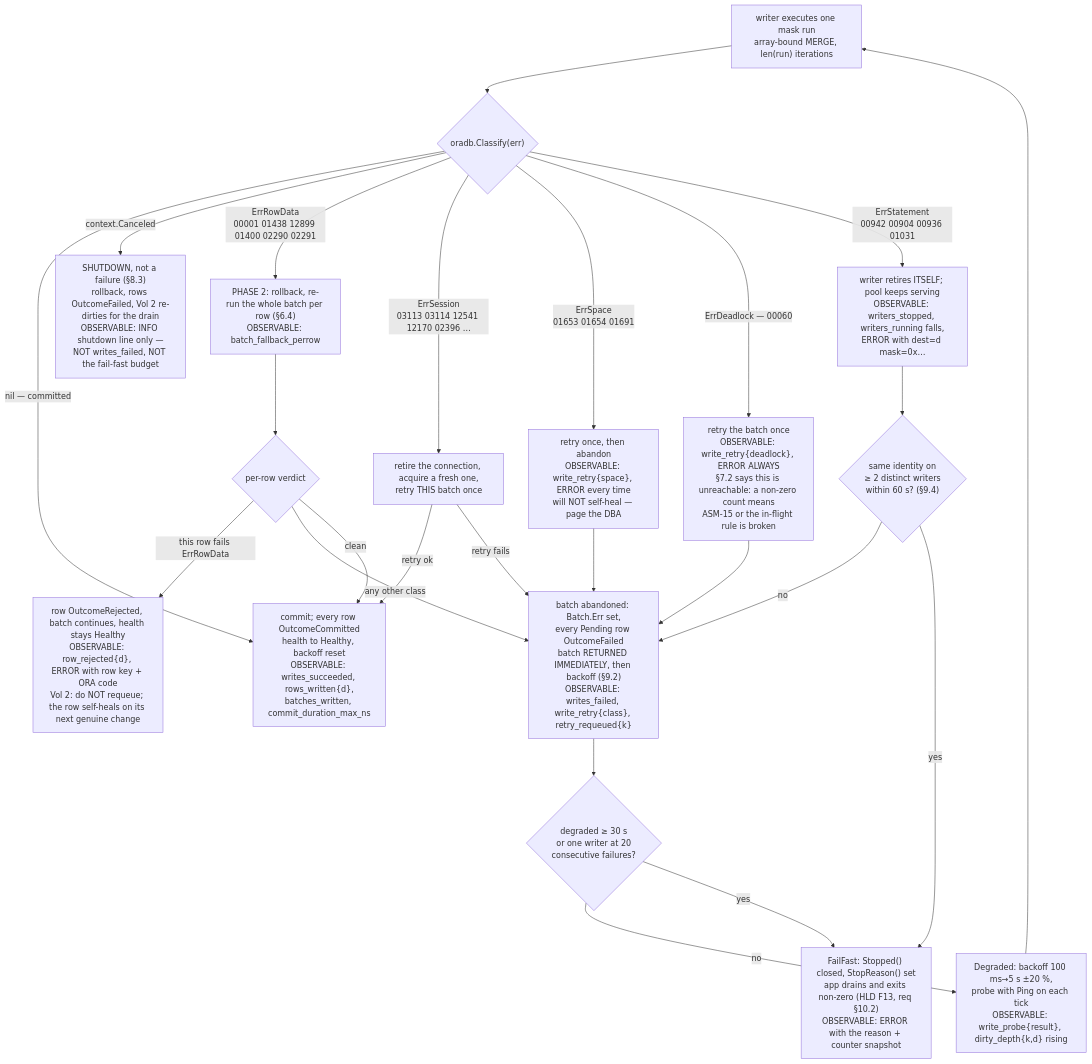
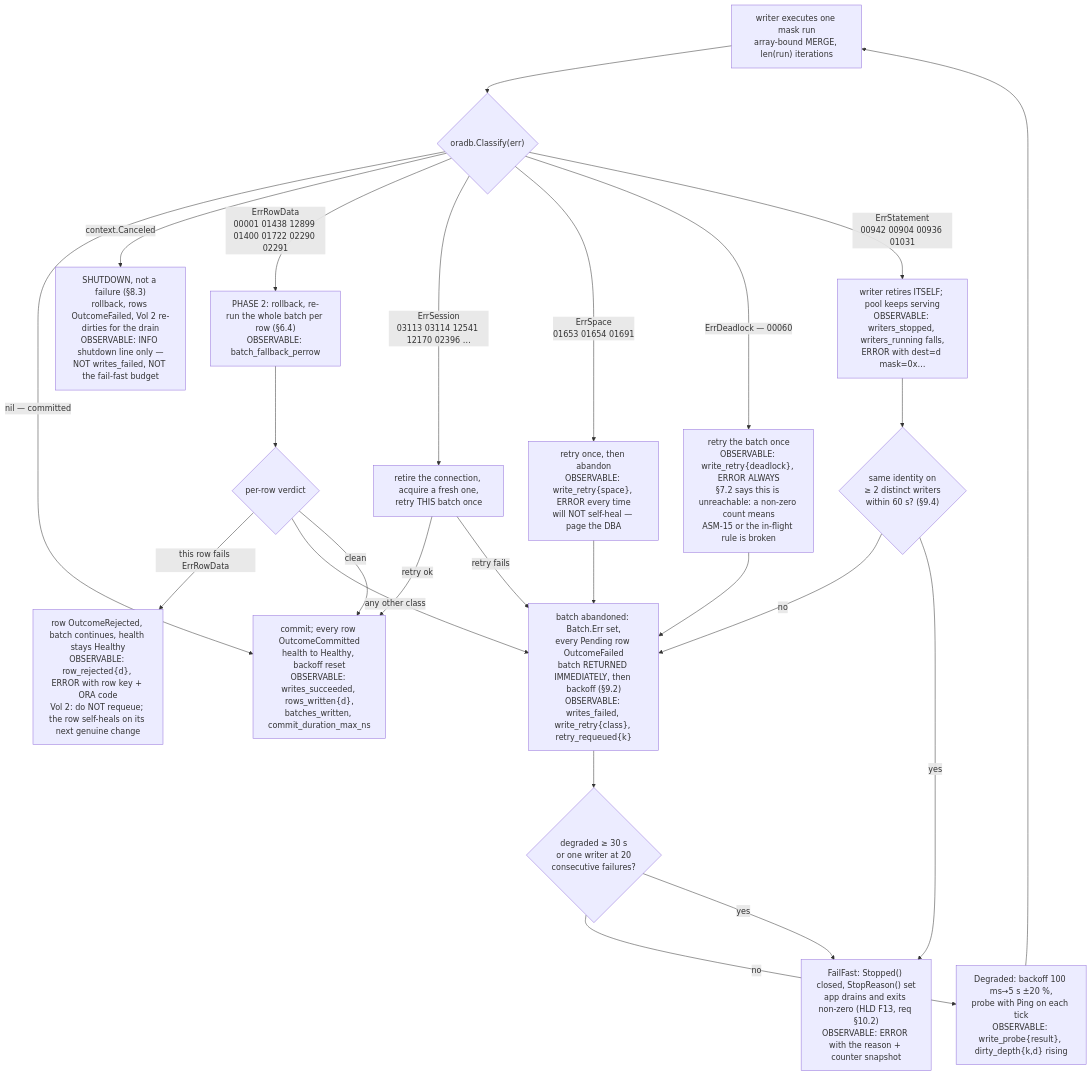
The fifth of 5 diagrams in docs/lld/03-writer-persistence.md (redwineyards/feedvalve), drawn with Mermaid before and after one commit. The commit also changed other lines of this file and 5 other files, not shown here.

````diff
--- a/docs/lld/03-writer-persistence.md
+++ b/docs/lld/03-writer-persistence.md
@@ -1892,34 +1958,34 @@
 ```mermaid
 flowchart TD
     EX["writer executes one mask run<br/>array-bound MERGE, len(run) iterations"] --> CL{"oradb.Classify(err)"}
 
     CL -->|"nil — committed"| OK["commit; every row OutcomeCommitted<br/>health to Healthy, backoff reset<br/>OBSERVABLE: writes_succeeded, rows_written{d},<br/>batches_written, commit_duration_max_ns"]
 
     CL -->|"context.Canceled"| CAN["SHUTDOWN, not a failure (§8.3)<br/>rollback, rows OutcomeFailed, Vol 2 re-dirties for the drain<br/>OBSERVABLE: INFO shutdown line only —<br/>NOT writes_failed, NOT the fail-fast budget"]
 
-    CL -->|"ErrRowData<br/>00001 01438 12899 01400 02290 02291"| P2["PHASE 2: rollback, re-run the whole batch per row (§6.4)<br/>OBSERVABLE: batch_fallback_perrow"]
+    CL -->|"ErrRowData<br/>00001 01438 12899 01400 01722 02290 02291"| P2["PHASE 2: rollback, re-run the whole batch per row (§6.4)<br/>OBSERVABLE: batch_fallback_perrow"]
     P2 --> P2R{"per-row verdict"}
     P2R -->|"this row fails ErrRowData"| REJ["row OutcomeRejected, batch continues, health stays Healthy<br/>OBSERVABLE: row_rejected{d}, ERROR with row key + ORA code<br/>Vol 2: do NOT requeue; the row self-heals on its next genuine change"]
     P2R -->|"any other class"| ABORT
     P2R -->|"clean"| OK
 
     CL -->|"ErrSession<br/>03113 03114 12541 12170 02396 …"| RETIRE["retire the connection, acquire a fresh one,<br/>retry THIS batch once"]
     RETIRE -->|"retry ok"| OK
     RETIRE -->|"retry fails"| ABORT
 
     CL -->|"ErrSpace<br/>01653 01654 01691"| SPACE["retry once, then abandon<br/>OBSERVABLE: write_retry{space}, ERROR every time<br/>will NOT self-heal — page the DBA"]
     SPACE --> ABORT
 
     CL -->|"ErrDeadlock — 00060"| DL["retry the batch once<br/>OBSERVABLE: write_retry{deadlock}, ERROR ALWAYS<br/>§7.2 says this is unreachable: a non-zero count means<br/>ASM-15 or the in-flight rule is broken"]
     DL --> ABORT
 
     CL -->|"ErrStatement<br/>00942 00904 00936 01031"| STMT["writer retires ITSELF; pool keeps serving<br/>OBSERVABLE: writers_stopped, writers_running falls,<br/>ERROR with dest=d mask=0x…"]
     STMT --> LEDGER{"same identity on<br/>≥ 2 distinct writers<br/>within 60 s? (§9.4)"}
     LEDGER -->|"no"| ABORT
     LEDGER -->|"yes"| FF
 
     ABORT["batch abandoned: Batch.Err set,<br/>every Pending row OutcomeFailed<br/>batch RETURNED IMMEDIATELY, then backoff (§9.2)<br/>OBSERVABLE: writes_failed, write_retry{class}, retry_requeued{k}"] --> BUD{"degraded ≥ 30 s<br/>or one writer at 20<br/>consecutive failures?"}
     BUD -->|"no"| DEG["Degraded: backoff 100 ms→5 s ±20 %,<br/>probe with Ping on each tick<br/>OBSERVABLE: write_probe{result}, dirty_depth{k,d} rising"]
     DEG --> EX
     BUD -->|"yes"| FF["FailFast: Stopped() closed, StopReason() set<br/>app drains and exits non-zero (HLD F13, req §10.2)<br/>OBSERVABLE: ERROR with the reason + counter snapshot"]
 ```
````
